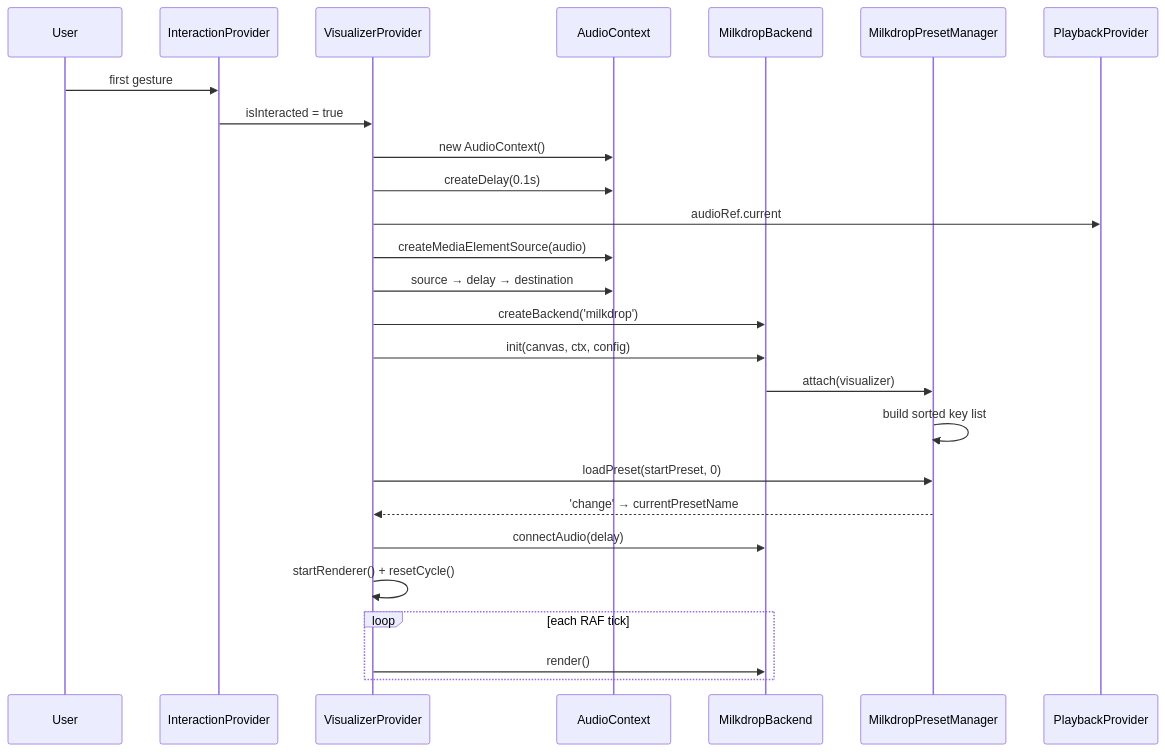
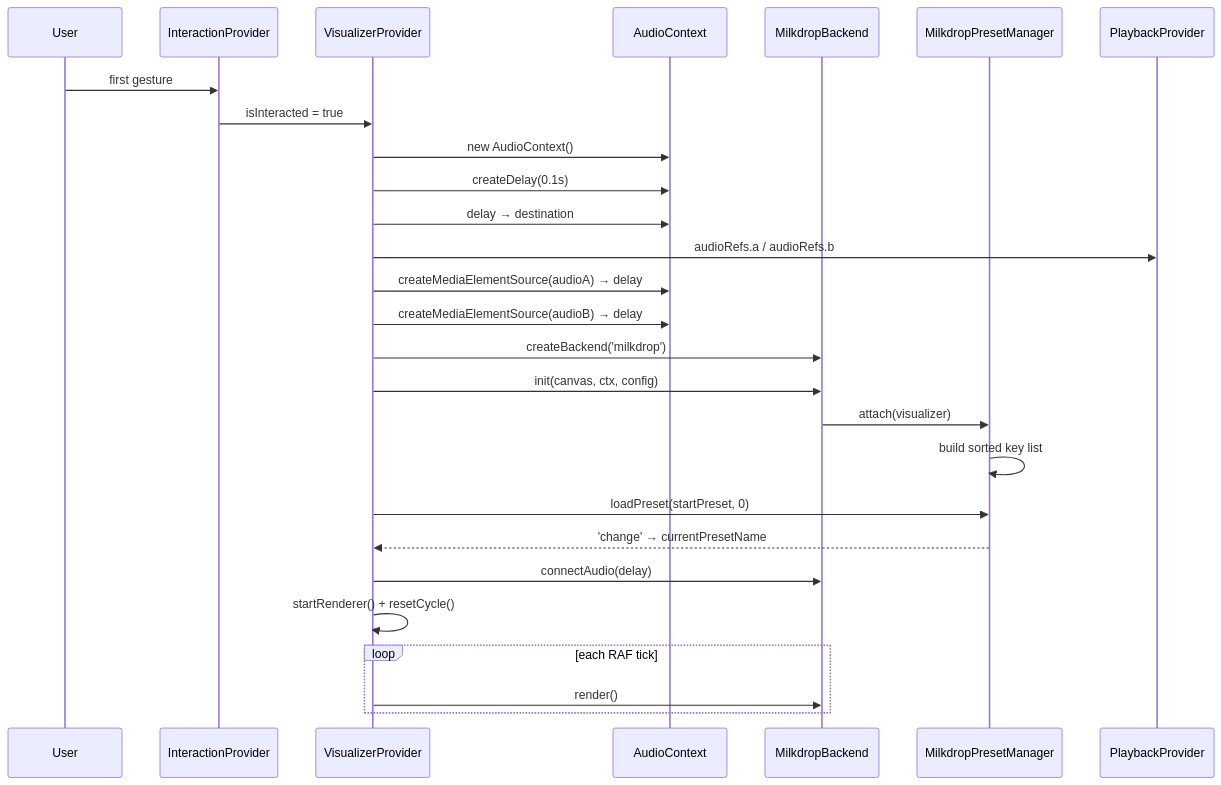
The first of 4 diagrams in docs/architect/visualizer.md (tansautn/darkwave-visualizer-player), drawn with Mermaid before and after one commit. The commit also changed other lines of this file and 7 other files, not shown here.

````diff
--- a/docs/architect/visualizer.md
+++ b/docs/architect/visualizer.md
@@ -171,29 +177,30 @@
 ```mermaid
 sequenceDiagram
   participant U as User
   participant IP as InteractionProvider
   participant VP as VisualizerProvider
   participant AC as AudioContext
   participant BE as MilkdropBackend
   participant PM as MilkdropPresetManager
   participant PB as PlaybackProvider
 
   U->>IP: first gesture
   IP->>VP: isInteracted = true
   VP->>AC: new AudioContext()
   VP->>AC: createDelay(0.1s)
-  VP->>PB: audioRef.current
-  VP->>AC: createMediaElementSource(audio)
-  VP->>AC: source → delay → destination
+  VP->>AC: delay → destination
+  VP->>PB: audioRefs.a / audioRefs.b
+  VP->>AC: createMediaElementSource(audioA) → delay
+  VP->>AC: createMediaElementSource(audioB) → delay
   VP->>BE: createBackend('milkdrop')
   VP->>BE: init(canvas, ctx, config)
   BE->>PM: attach(visualizer)
   PM->>PM: build sorted key list
   VP->>PM: loadPreset(startPreset, 0)
   PM-->>VP: 'change' → currentPresetName
   VP->>BE: connectAudio(delay)
   VP->>VP: startRenderer() + resetCycle()
   loop each RAF tick
     VP->>BE: render()
   end
 ```
````
